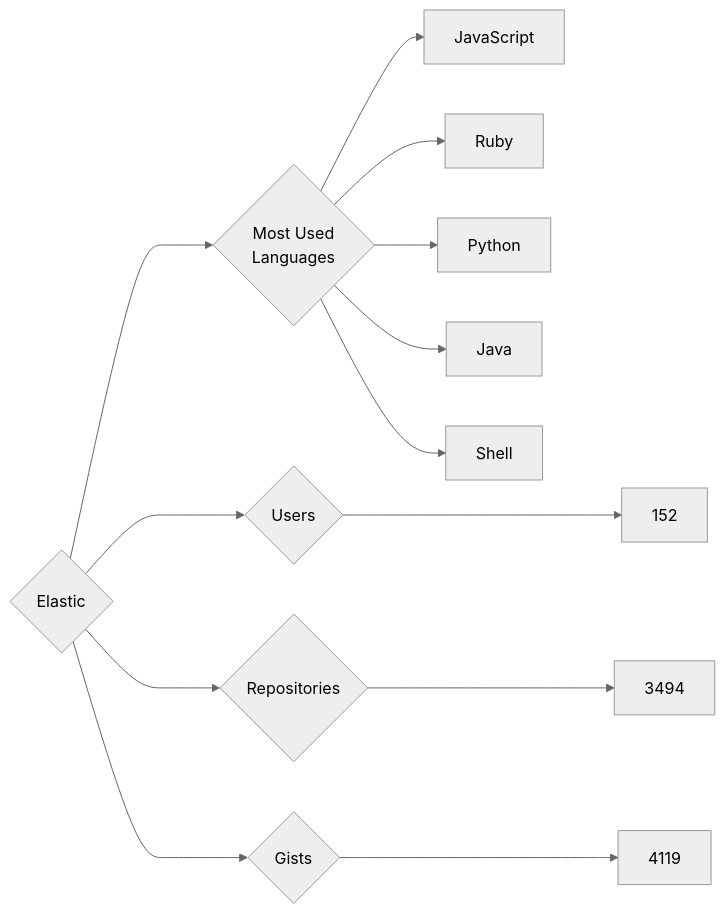
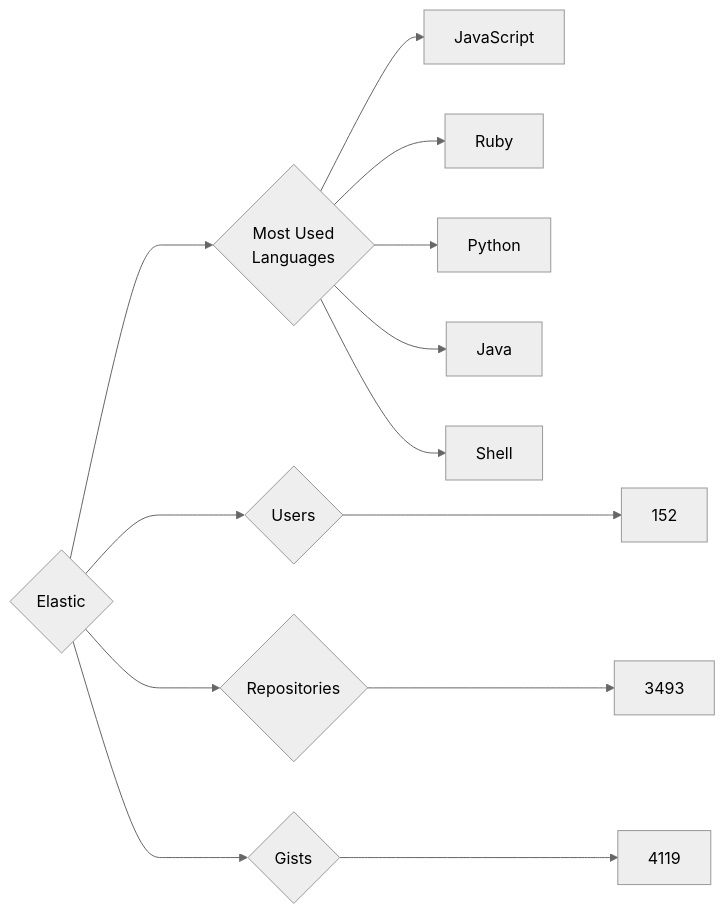
The diagram in targets/Elastic/README.md (trickest/insiders), drawn with Mermaid (neutral theme) before and after one commit. The commit also changed 874 other files, not shown here.

````diff
--- a/targets/Elastic/README.md
+++ b/targets/Elastic/README.md
@@ -3,13 +3,13 @@
 ```mermaid
 graph LR
 COMPANY_NAME{Elastic}
 COMPANY_NAME ---> U{Users} ---> UN[152]
-COMPANY_NAME ---> R{Repositories} ---> RN[3494]
+COMPANY_NAME ---> R{Repositories} ---> RN[3493]
 COMPANY_NAME ---> G{Gists} ---> GN[4119]
 COMPANY_NAME ---> ML{Most Used<br>Languages}
 ML --> JavaScript[JavaScript]
 ML --> Ruby[Ruby]
 ML --> Python[Python]
 ML --> Java[Java]
 ML --> Shell[Shell]
 ```
````
